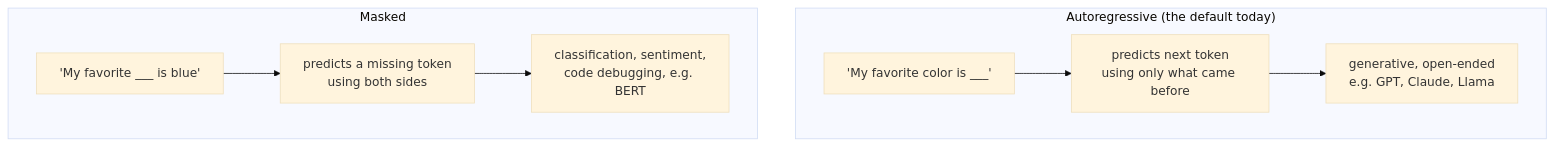
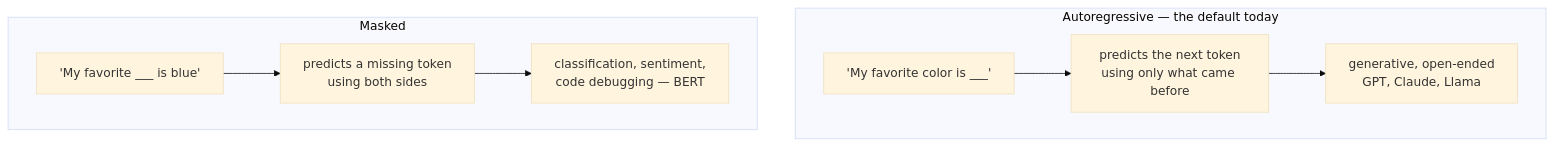
The second of 8 diagrams in book/chapter-01.md (utkarshinobi/mind), drawn with Mermaid (base theme) before and after one commit. The commit also changed other lines of this file, not shown here.

````diff
--- a/book/chapter-01.md
+++ b/book/chapter-01.md
@@ -301,11 +102,11 @@
 ```mermaid
 flowchart TB
-    subgraph AR["Autoregressive (the default today)"]
-        A1["'My favorite color is ___'"] --> A2["predicts next token<br/>using only what came before"]
-        A2 --> A3["generative, open-ended<br/>e.g. GPT, Claude, Llama"]
+    subgraph AR["Autoregressive — the default today"]
+        A1["'My favorite color is ___'"] --> A2["predicts the next token<br/>using only what came before"]
+        A2 --> A3["generative, open-ended<br/>GPT, Claude, Llama"]
     end
     subgraph MK["Masked"]
         M1["'My favorite ___ is blue'"] --> M2["predicts a missing token<br/>using both sides"]
-        M2 --> M3["classification, sentiment,<br/>code debugging, e.g. BERT"]
+        M2 --> M3["classification, sentiment,<br/>code debugging — BERT"]
     end
 ```
````
